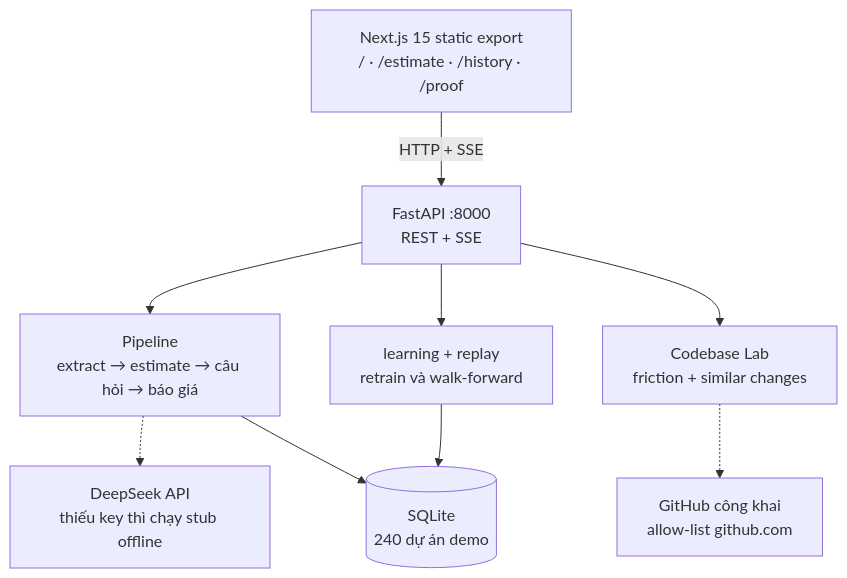
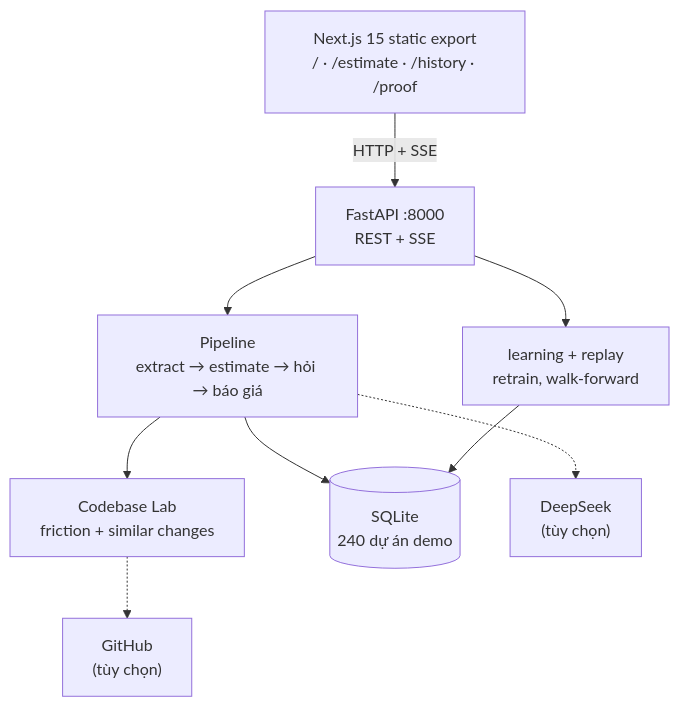
Before and after one commit to iknizzz1807/the-estimator: the second of 2 diagrams in README.md, drawn with Mermaid. The commit also changed other lines of this file, not shown here.

Commit message:
docs: vertical diagrams + 'khi có dữ liệu thật' section (codebase as direct model input, not post-hoc surcharge)

````diff
--- a/README.md
+++ b/README.md
@@ -46,20 +48,20 @@
 ```mermaid
 flowchart TB
     UI["Next.js 15 static export<br/>/ · /estimate · /history · /proof"]
     API["FastAPI :8000<br/>REST + SSE"]
-    PIPE["Pipeline<br/>extract → estimate → câu hỏi → báo giá"]
-    LEARN["learning + replay<br/>retrain và walk-forward"]
+    PIPE["Pipeline<br/>extract → estimate → hỏi → báo giá"]
+    LEARN["learning + replay<br/>retrain, walk-forward"]
     CB["Codebase Lab<br/>friction + similar changes"]
     DB[("SQLite<br/>240 dự án demo")]
-    LLM["DeepSeek API<br/>thiếu key thì chạy stub offline"]
-    GH["GitHub công khai<br/>allow-list github.com"]
+    LLM["DeepSeek<br/>(tùy chọn)"]
+    GH["GitHub<br/>(tùy chọn)"]
 
     UI -->|"HTTP + SSE"| API
     API --> PIPE
     API --> LEARN
-    API --> CB
+    PIPE --> CB
+    PIPE --> DB
+    LEARN --> DB
     PIPE -.-> LLM
     CB -.-> GH
-    PIPE --> DB
-    LEARN --> DB
 ```
````
